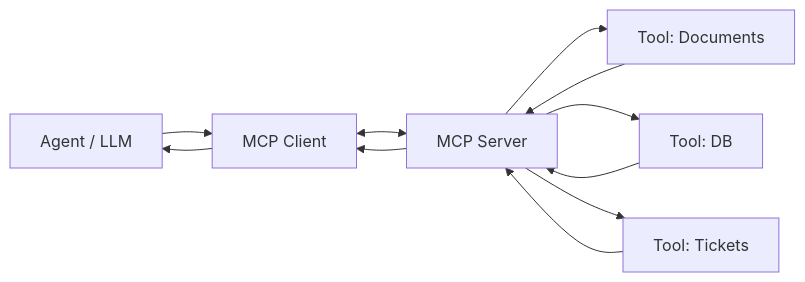
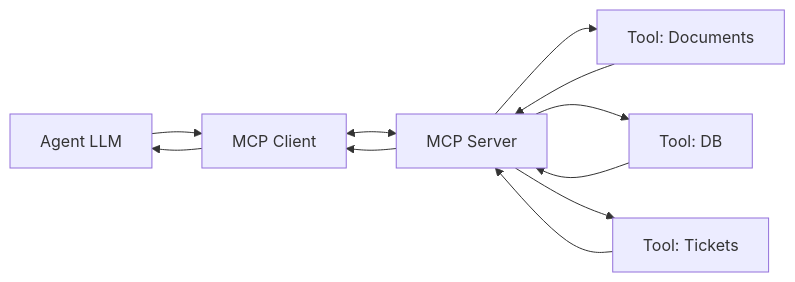
Before and after one commit to tonyjosephsebastians/AI-Design-patterns: the tenth of 21 diagrams in Agentic_Design_Patterns_21_Patterns_Guide.md, drawn with Mermaid. The commit also changed other lines of this file, not shown here.

````diff
--- a/Agentic_Design_Patterns_21_Patterns_Guide.md
+++ b/Agentic_Design_Patterns_21_Patterns_Guide.md
@@ -386,12 +386,12 @@
 ```mermaid
 flowchart LR
-A[Agent / LLM] --> C[MCP Client]
+A[Agent LLM] --> C[MCP Client]
 C <--> S[MCP Server]
 S --> T1[Tool: Documents]
 S --> T2[Tool: DB]
 S --> T3[Tool: Tickets]
 T1 --> S
 T2 --> S
 T3 --> S
 S --> C --> A
 ```
````
